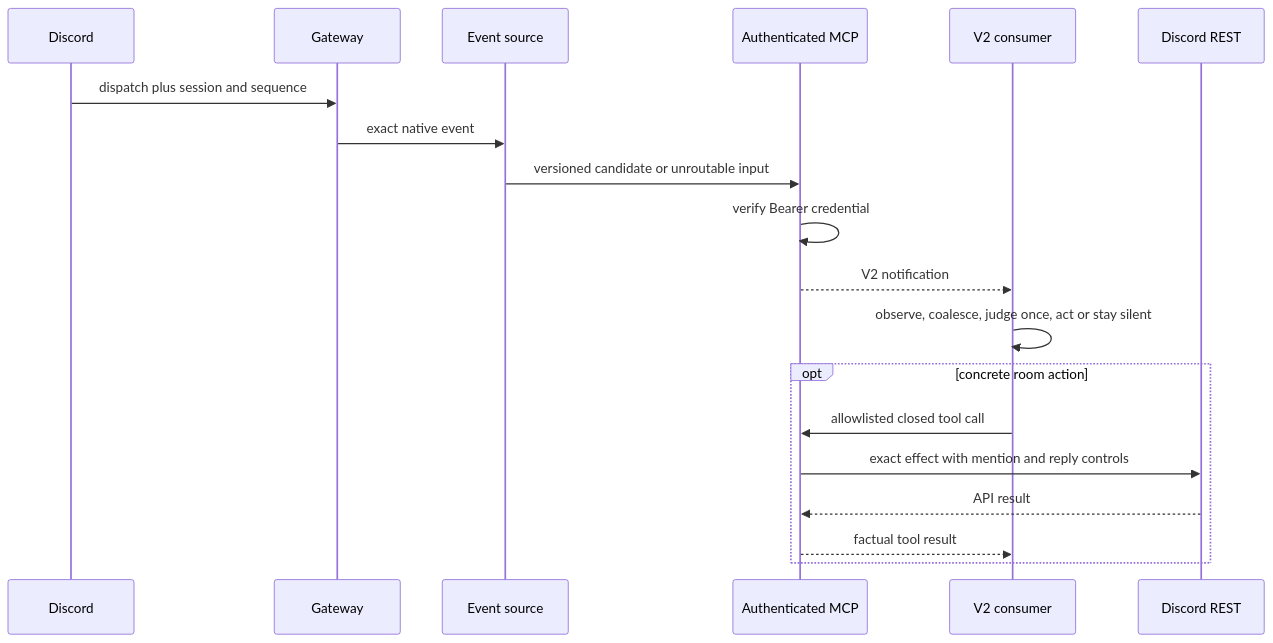
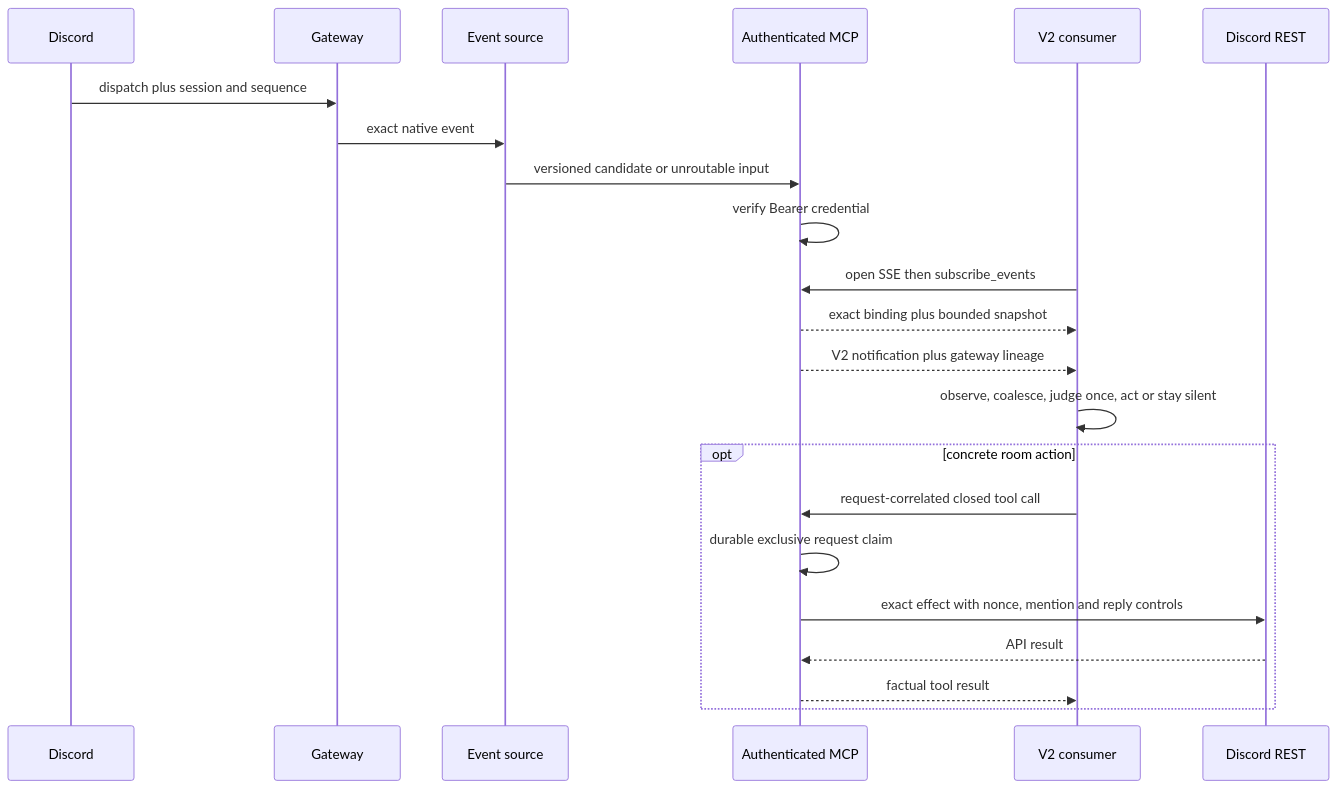
One commit to mentatzoe/nunchi changed the second of 2 diagrams in integrations/mcp-discord/DESIGN.md. Above: the diagram before and after it, drawn with Mermaid. The commit also changed other lines of this file and 30 other files, not shown here.

````diff
--- a/integrations/mcp-discord/DESIGN.md
+++ b/integrations/mcp-discord/DESIGN.md
@@ -24,22 +24,25 @@
 ```mermaid
 sequenceDiagram
   participant Discord
   participant Gateway
   participant Source as Event source
   participant MCP as Authenticated MCP
   participant Consumer as V2 consumer
   participant REST as Discord REST
 
   Discord->>Gateway: dispatch plus session and sequence
   Gateway->>Source: exact native event
   Source->>MCP: versioned candidate or unroutable input
   MCP->>MCP: verify Bearer credential
-  MCP-->>Consumer: V2 notification
+  Consumer->>MCP: open SSE then subscribe_events
+  MCP-->>Consumer: exact binding plus bounded snapshot
+  MCP-->>Consumer: V2 notification plus gateway lineage
   Consumer->>Consumer: observe, coalesce, judge once, act or stay silent
   opt concrete room action
-    Consumer->>MCP: allowlisted closed tool call
-    MCP->>REST: exact effect with mention and reply controls
+    Consumer->>MCP: request-correlated closed tool call
+    MCP->>MCP: durable exclusive request claim
+    MCP->>REST: exact effect with nonce, mention and reply controls
     REST-->>MCP: API result
     MCP-->>Consumer: factual tool result
   end
 ```
````
